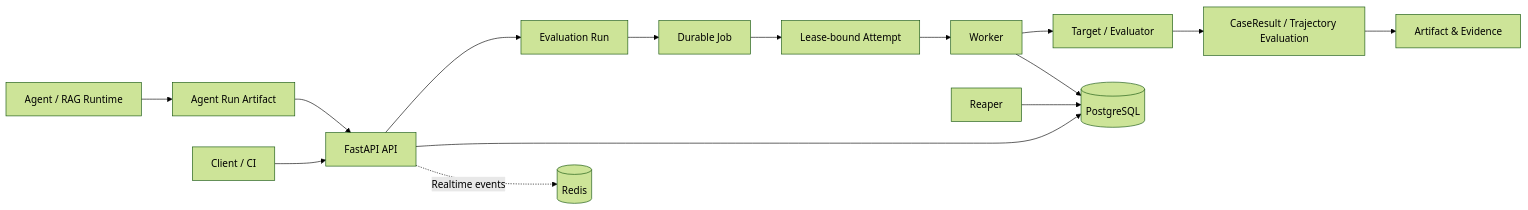
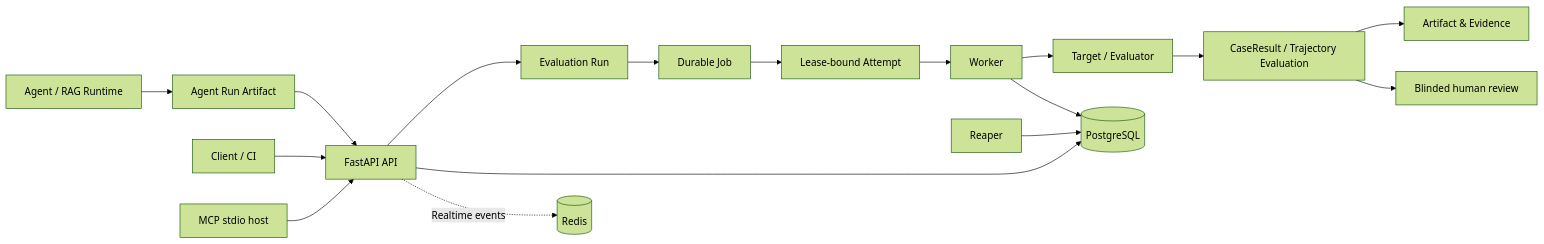
Before and after one commit to godofxuan/ai-evalops-platform: the diagram in README.md, drawn with Mermaid (forest theme). The commit also changed other lines of this file and 12 other files, not shown here.

````diff
--- a/README.md
+++ b/README.md
@@ -27,17 +30,19 @@
 ```mermaid
 flowchart LR
     Agent[Agent / RAG Runtime] --> Trajectory[Agent Run Artifact]
     Client[Client / CI] --> API[FastAPI API]
     Trajectory --> API
     API --> Run[Evaluation Run]
     Run --> Job[Durable Job]
     Job --> Attempt[Lease-bound Attempt]
     Attempt --> Worker[Worker]
     Worker --> Target[Target / Evaluator]
     Target --> Result[CaseResult / Trajectory Evaluation]
     Result --> Artifact[Artifact & Evidence]
+    MCP[MCP stdio host] --> API
+    Result --> Review[Blinded human review]
     API --> PG[(PostgreSQL)]
     Worker --> PG
     Reaper[Reaper] --> PG
     API -. Realtime events .-> Redis[(Redis)]
 ```
````
